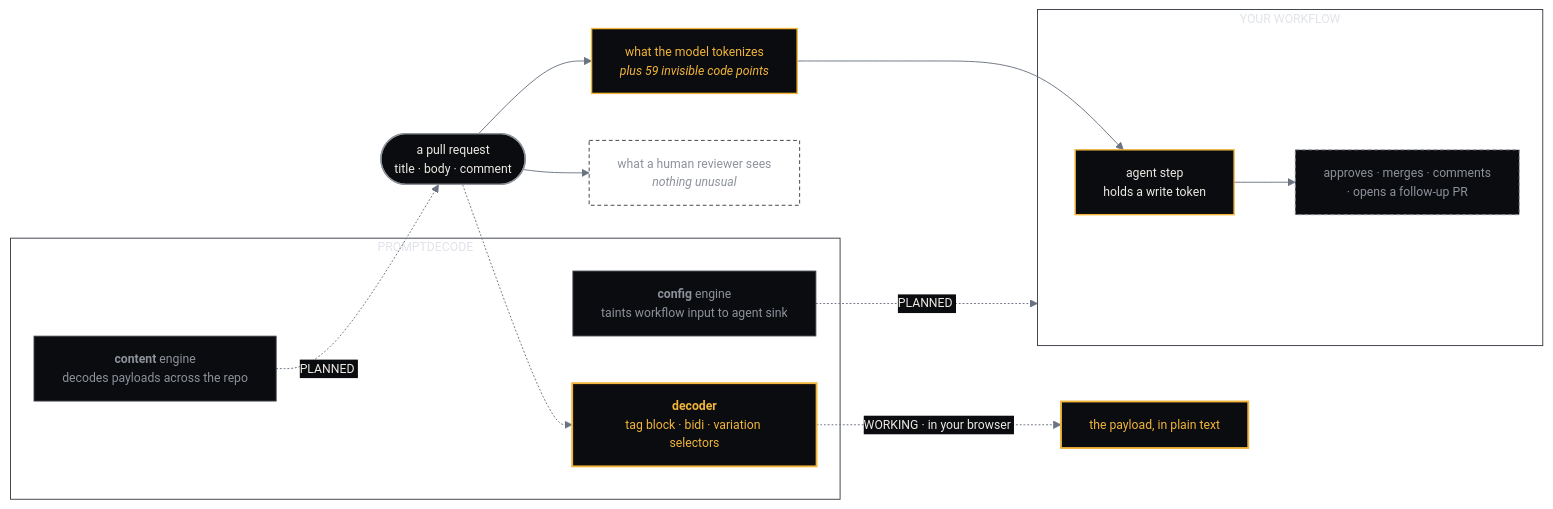
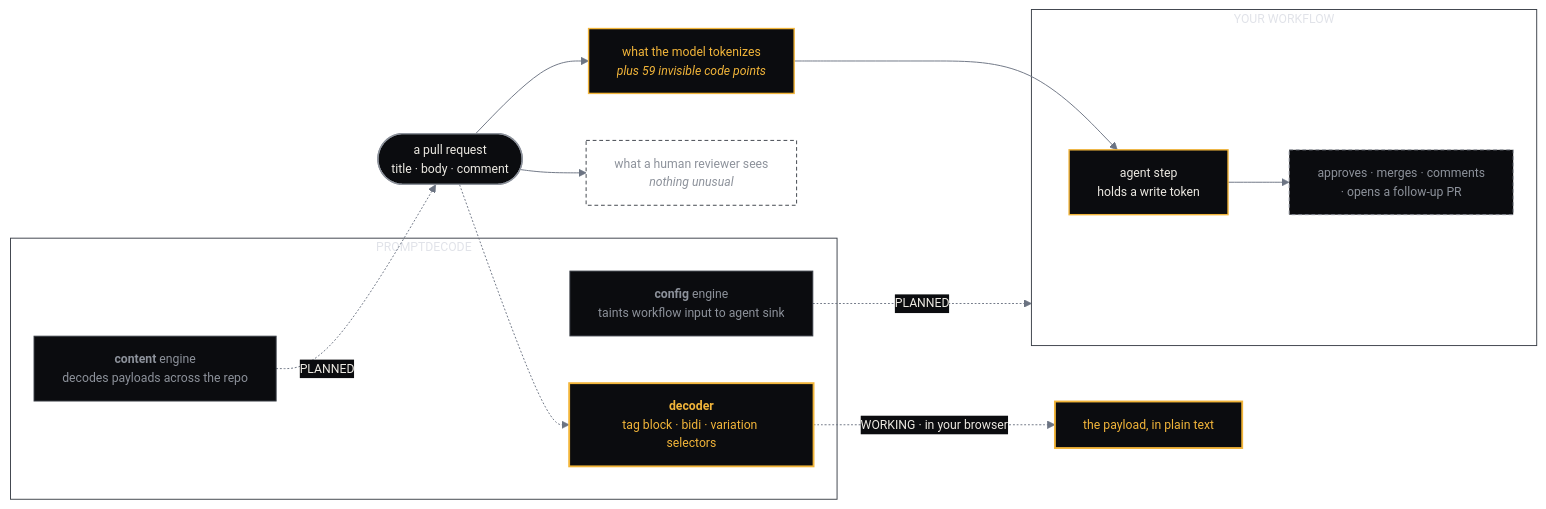
Before and after one commit to PromptDecode/.github: the diagram in profile/README.md, drawn with Mermaid.

Commit message:
fix(profile): drop the monospace override that clipped every edge label
Mermaid measured each label with 'ui-monospace' and GitHub's renderer drew
it in its own sans, so every edge label came out a character short: PLANNED
rendered as PLANNE. Letting both use the same font fixes it, and the
non-breaking-space padding that was working around it can go.

````diff
--- a/profile/README.md
+++ b/profile/README.md
@@ -73,40 +73,39 @@
 ```mermaid
 %%{init: {"theme":"base","themeVariables":{
   "background":"transparent",
-  "fontFamily":"ui-monospace, SFMono-Regular, Menlo, monospace",
   "fontSize":"13px",
   "primaryColor":"#0B0C0F","primaryTextColor":"#ECE9E2","primaryBorderColor":"#3A3F47",
   "lineColor":"#6B7382","textColor":"#8D929B",
   "clusterBkg":"transparent","clusterBorder":"#3A3F47",
   "edgeLabelBackground":"#0B0C0F"
 }} }%%
 flowchart LR
   A(["a pull request<br/>title · body · comment"]):::req --> V["what a human reviewer sees<br/><i>nothing unusual</i>"]:::ghost
   A --> M["what the model tokenizes<br/><i>plus 59 invisible code points</i>"]:::hot
 
   M --> W
 
   subgraph CI["YOUR WORKFLOW"]
     W["agent step<br/>holds a write token"]:::core
     W --> ACT["approves · merges · comments<br/>· opens a follow-up PR"]:::bad
   end
 
   subgraph PD["PROMPTDECODE"]
     D["<b>decoder</b><br/>tag block · bidi · variation selectors"]:::ok
     C["<b>config</b> engine<br/>taints workflow input to agent sink"]:::mod
     N["<b>content</b> engine<br/>decodes payloads across the repo"]:::mod
   end
 
   A -.-> D
-  D -. "WORKING · in your browser&nbsp;" .-> OUT["the payload, in plain text"]:::ok
-  C -. "PLANNED&nbsp;" .-> CI
-  N -. "PLANNED&nbsp;" .-> A
+  D -. "WORKING · in your browser" .-> OUT["the payload, in plain text"]:::ok
+  C -. "PLANNED" .-> CI
+  N -. "PLANNED" .-> A
 
   classDef req fill:#0B0C0F,stroke:#8D929B,stroke-width:1.5px,color:#ECE9E2
   classDef core fill:#0B0C0F,stroke:#F2B53A,stroke-width:1.5px,color:#ECE9E2
   classDef mod fill:#0B0C0F,stroke:#3A3F47,color:#8D929B
   classDef ok fill:#0B0C0F,stroke:#F2B53A,stroke-width:2px,color:#F2B53A
   classDef hot fill:#0B0C0F,stroke:#F2B53A,stroke-width:1.5px,color:#F2B53A
   classDef bad fill:#0B0C0F,stroke:#8D929B,stroke-dasharray:4 3,color:#8D929B
   classDef ghost fill:transparent,stroke:#3A3F47,stroke-dasharray:4 3,color:#8D929B
 ```
````
